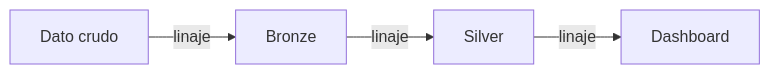
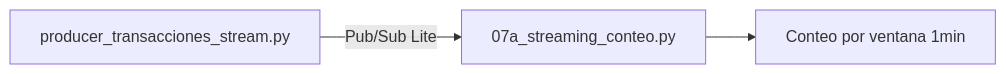
One commit to ChemaSarmiento/Big_Data_UP changed the second of 2 diagrams in slides_maestria/sesion-09.md. Above: the diagram before and after it, drawn with Mermaid. The commit also changed other lines of this file and 54 other files, not shown here.

````diff
--- a/slides_maestria/sesion-09.md
+++ b/slides_maestria/sesion-09.md
@@ -40,6 +81,5 @@
-```mermaid {scale: 0.6}
+```mermaid {scale: 0.55}
 flowchart LR
-    Raw[Dato crudo] -->|linaje| Bronze
-    Bronze -->|linaje| Silver
-    Silver -->|linaje| Gold[Dashboard]
+    P[producer_transacciones_stream.py] -->|Pub/Sub Lite| S[07a_streaming_conteo.py]
+    S --> W[Conteo por ventana 1min]
 ```
````
